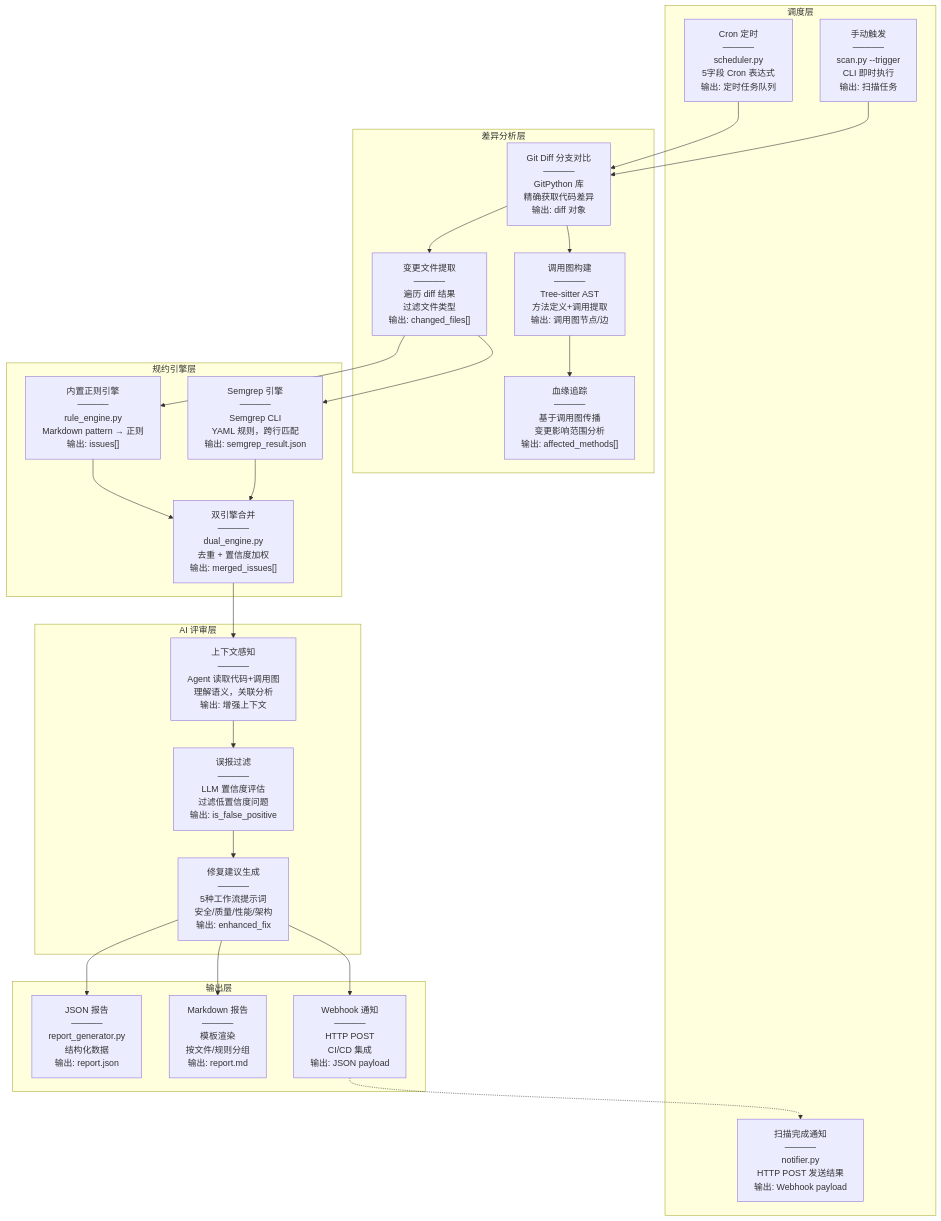
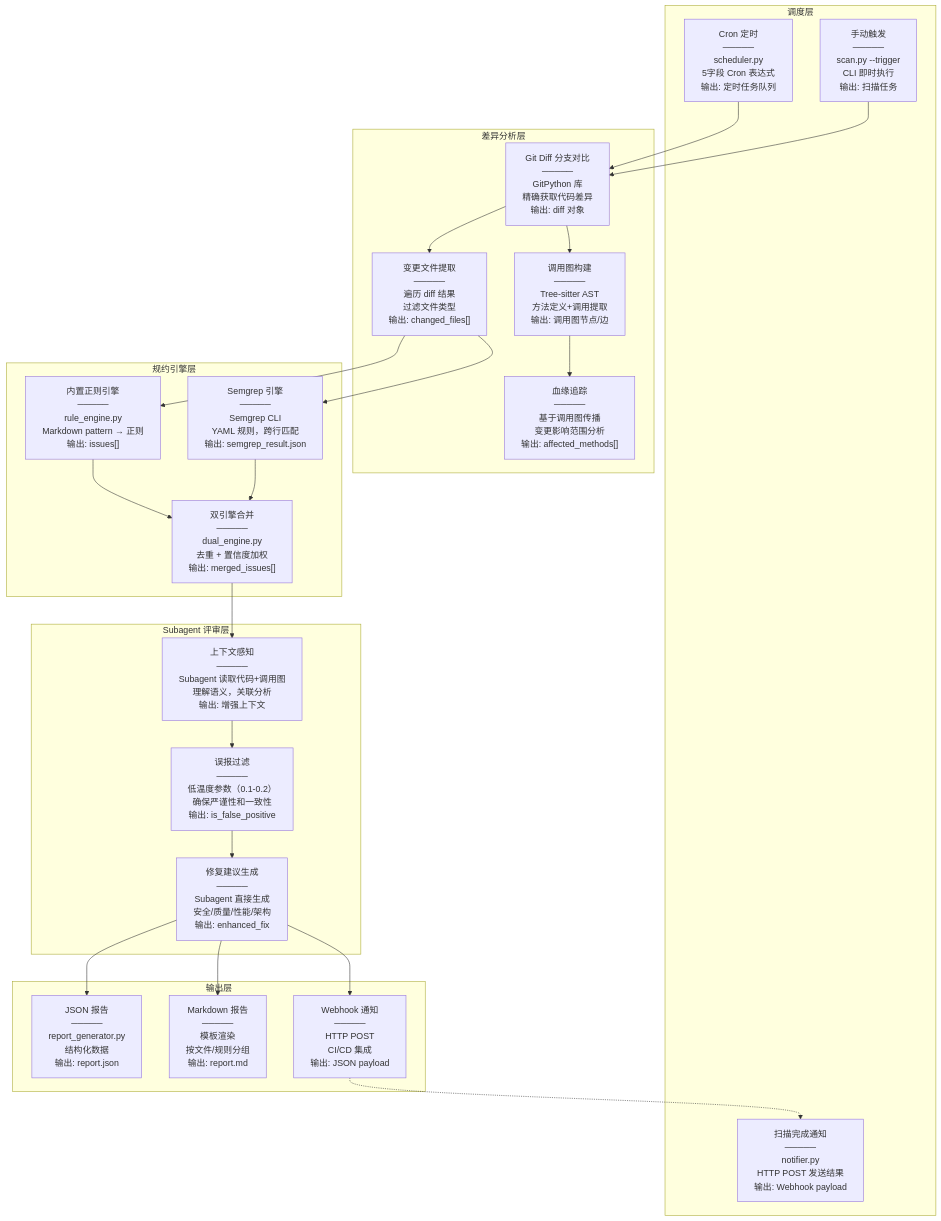
Before and after one commit to christinkaka/code-review-skill: the first of 2 diagrams in README.md, drawn with Mermaid. The commit also changed other lines of this file and 8 other files, not shown here.

```diff
--- a/README.md
+++ b/README.md
@@ -230,20 +245,20 @@
         输出: merged_issues[]"]
     end
 
-    subgraph AI评审层["AI 评审层"]
+    subgraph AI评审层["Subagent 评审层"]
         A1["上下文感知
         ─────
-        Agent 读取代码+调用图
+        Subagent 读取代码+调用图
         理解语义，关联分析
         输出: 增强上下文"]
         A2["误报过滤
         ─────
-        LLM 置信度评估
-        过滤低置信度问题
+        低温度参数（0.1-0.2）
+        确保严谨性和一致性
         输出: is_false_positive"]
         A3["修复建议生成
         ─────
-        5种工作流提示词
+        Subagent 直接生成
         安全/质量/性能/架构
         输出: enhanced_fix"]
     end
```
